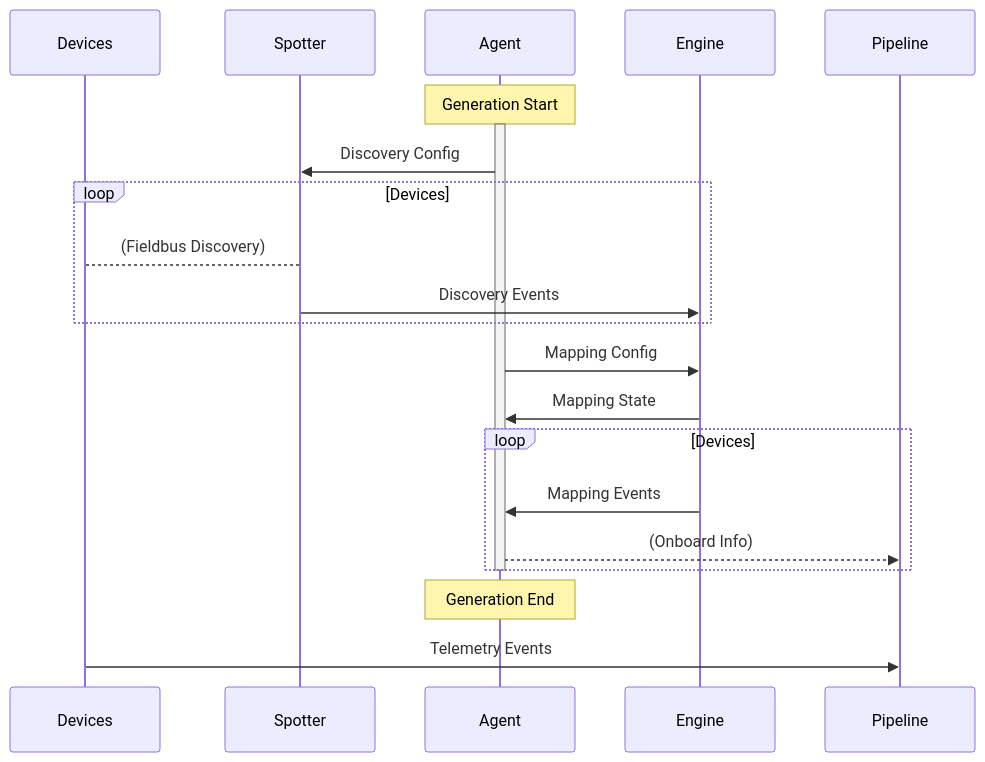
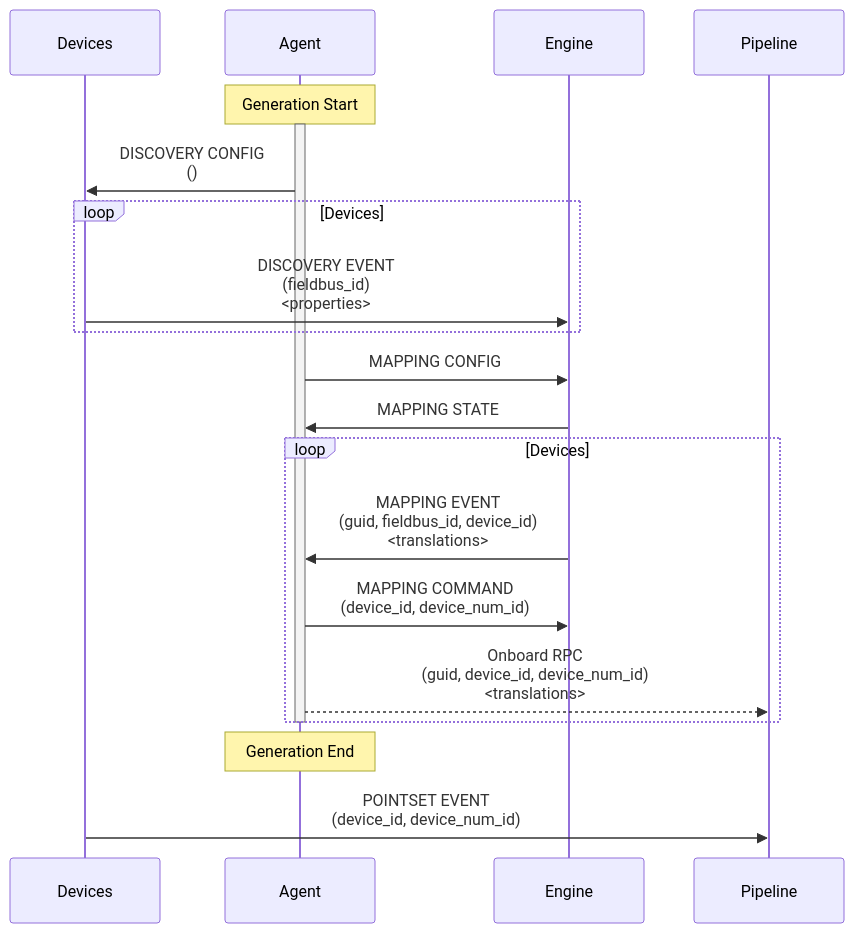
The diagram in docs/specs/mapping.md (faucetsdn/udmi), drawn with Mermaid before and after one commit.

Commit message:
Adding ID flow

````diff
--- a/docs/specs/mapping.md
+++ b/docs/specs/mapping.md
@@ -31,24 +31,24 @@
 ```mermaid
 sequenceDiagram
+  %%{wrap}%%
   participant Devices
-  participant Spotter
   participant Agent
   participant Engine
   participant Pipeline
   Note over Agent: Generation Start
   activate Agent
-  Agent->>Spotter: Discovery Config
+  Agent->>Devices: DISCOVERY CONFIG<br/>()
   loop Devices
-    Spotter-->Devices: (Fieldbus Discovery)
-    Spotter->>Engine: Discovery Events
+    Devices->>Engine: DISCOVERY EVENT<br/>(fieldbus_id)<br/><properties>
   end
-  Agent->>Engine: Mapping Config
-  Engine->>Agent: Mapping State
+  Agent->>Engine: MAPPING CONFIG
+  Engine->>Agent: MAPPING STATE
   loop Devices
-    Engine->>Agent: Mapping Events
-    Agent-->>Pipeline: (Onboard Info)
+    Engine->>Agent: MAPPING EVENT<br/>(guid, fieldbus_id, device_id)<br/><translations>
+    Agent->>Engine: MAPPING COMMAND<br/>(device_id, device_num_id)
+    Agent-->>Pipeline: Onboard RPC<br/>(guid, device_id, device_num_id)<br/><translations>
   end
   deactivate Agent
   Note over Agent: Generation End
-  Devices->>Pipeline: Telemetry Events
+  Devices->>Pipeline: POINTSET EVENT<br/>(device_id, device_num_id)
 ```
````
